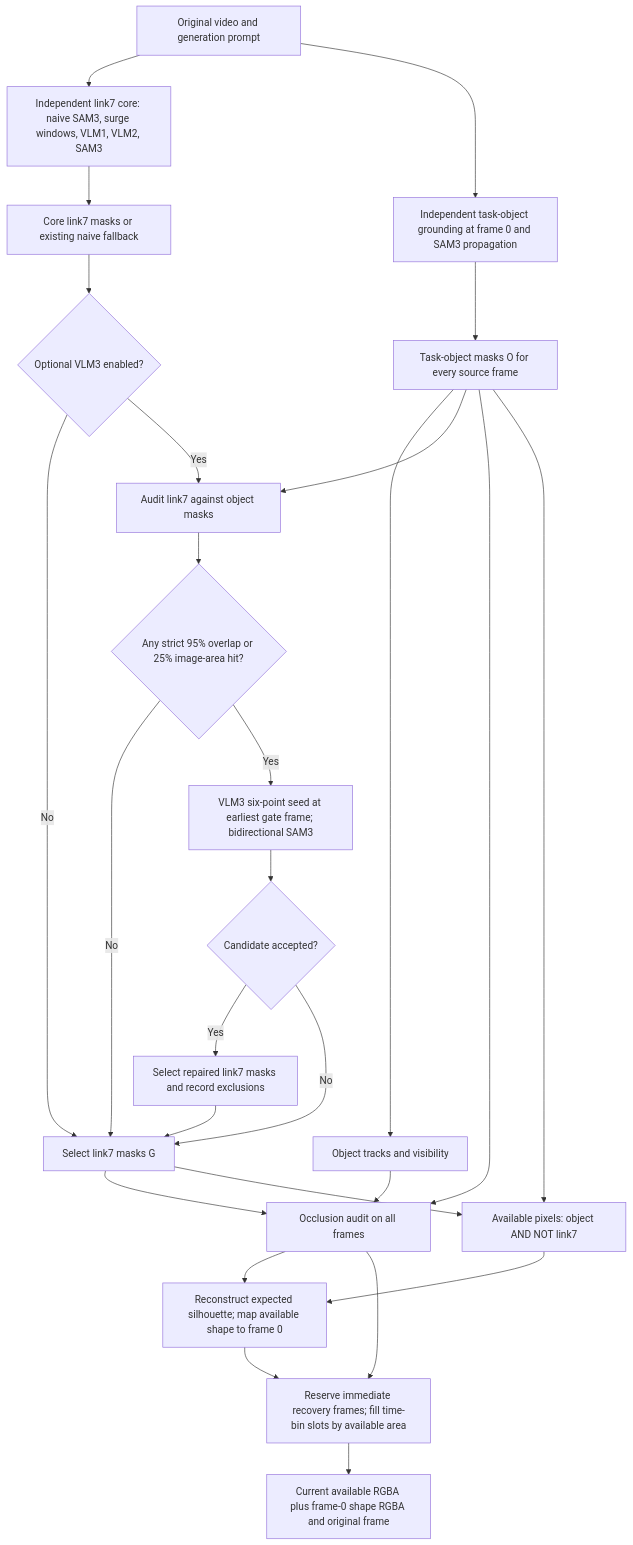
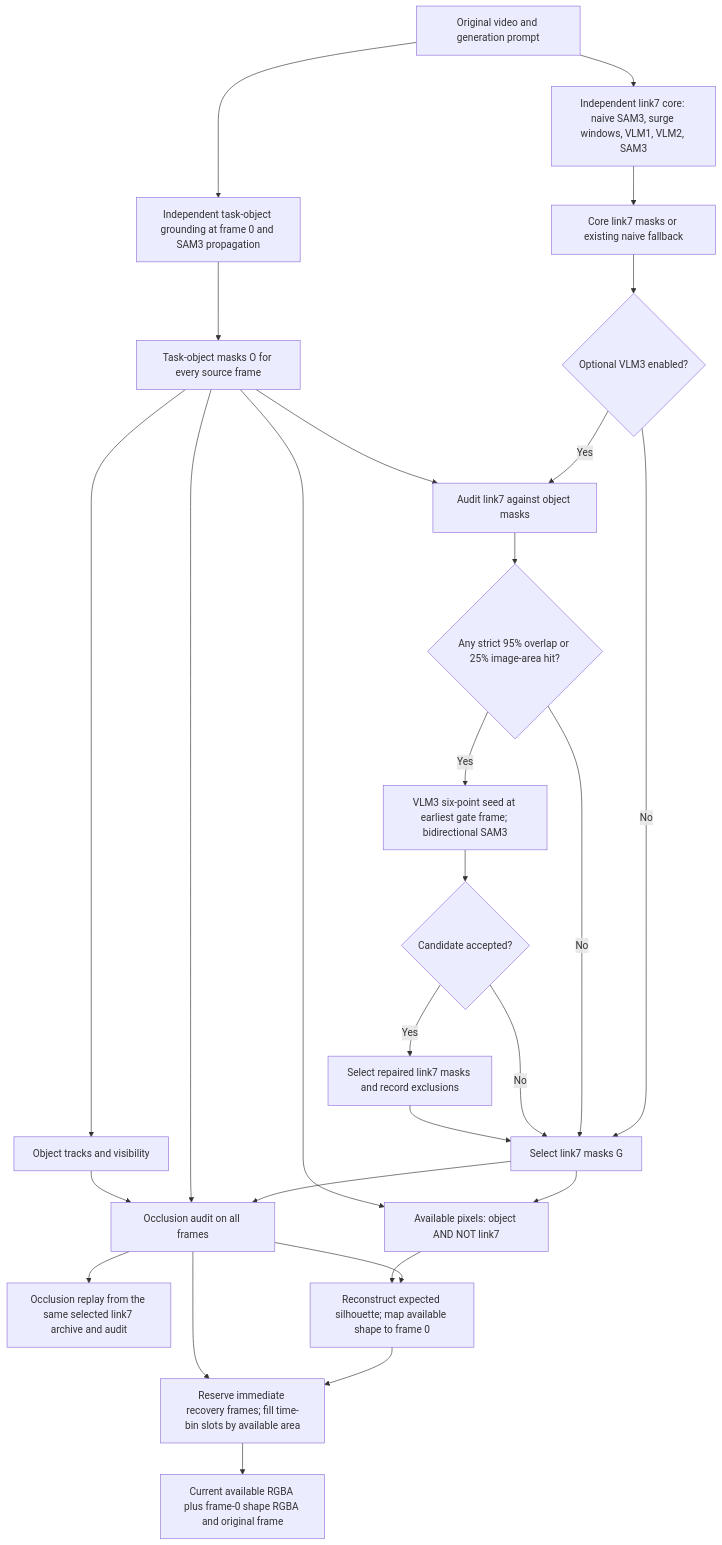
The first of 4 diagrams in PDI-Bench-edited/docs/link7_object_masking_occlusion_cropping.md (Wilsonnijc-bot/PDIBench_Segment_CAD), drawn with Mermaid before and after one commit. The commit also changed other lines of this file and 75 other files, not shown here.

````diff
--- a/PDI-Bench-edited/docs/link7_object_masking_occlusion_cropping.md
+++ b/PDI-Bench-edited/docs/link7_object_masking_occlusion_cropping.md
@@ -21,30 +21,31 @@
 ```mermaid
 flowchart TD
     V["Original video and generation prompt"]
     V --> L["Independent link7 core: naive SAM3, surge windows, VLM1, VLM2, SAM3"]
     V --> O["Independent task-object grounding at frame 0 and SAM3 propagation"]
     L --> P["Core link7 masks or existing naive fallback"]
     O --> OM["Task-object masks O for every source frame"]
     OM --> T["Object tracks and visibility"]
     P --> ENABLE{"Optional VLM3 enabled?"}
     ENABLE -->|No| G["Select link7 masks G"]
     ENABLE -->|Yes| AUDIT["Audit link7 against object masks"]
     OM --> AUDIT
     AUDIT --> HIT{"Any strict 95% overlap or 25% image-area hit?"}
     HIT -->|No| G
     HIT -->|Yes| REPAIR["VLM3 six-point seed at earliest gate frame; bidirectional SAM3"]
     REPAIR --> ACCEPT{"Candidate accepted?"}
     ACCEPT -->|Yes| NEW["Select repaired link7 masks and record exclusions"]
     ACCEPT -->|No| G
     NEW --> G
     G --> D["Occlusion audit on all frames"]
     OM --> D
+    D --> OCR["Occlusion replay from the same selected link7 archive and audit"]
     T --> D
     G --> A["Available pixels: object AND NOT link7"]
     OM --> A
     D --> MAP["Reconstruct expected silhouette; map available shape to frame 0"]
     A --> MAP
     MAP --> SELECT["Reserve immediate recovery frames; fill time-bin slots by available area"]
     D --> SELECT
     SELECT --> C["Current available RGBA plus frame-0 shape RGBA and original frame"]
 ```
````
